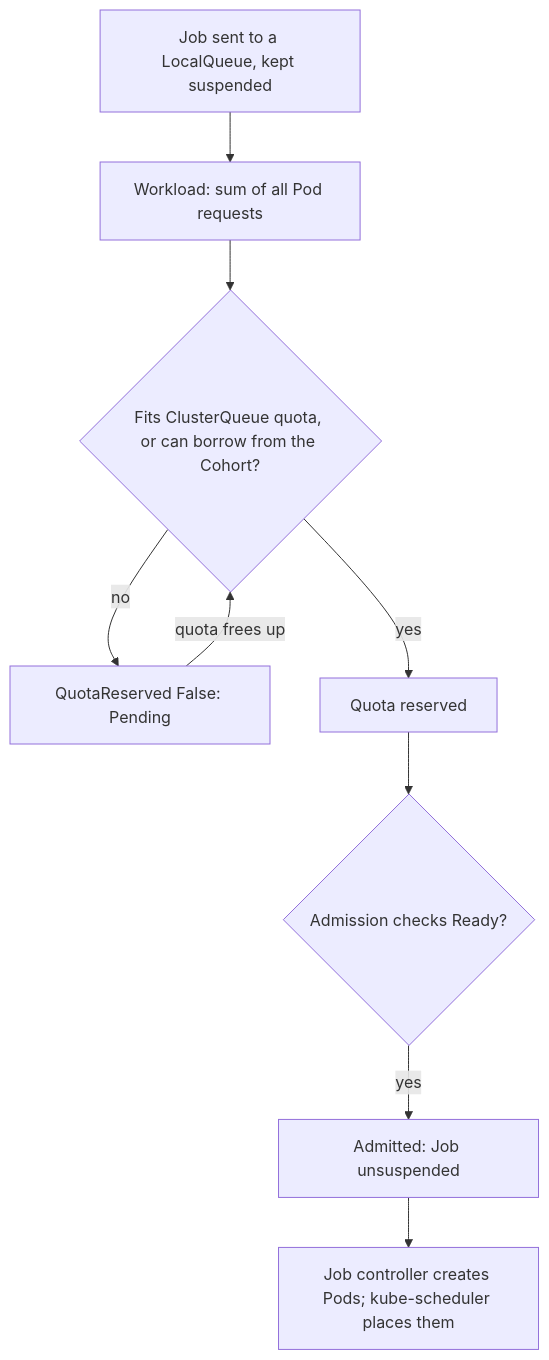
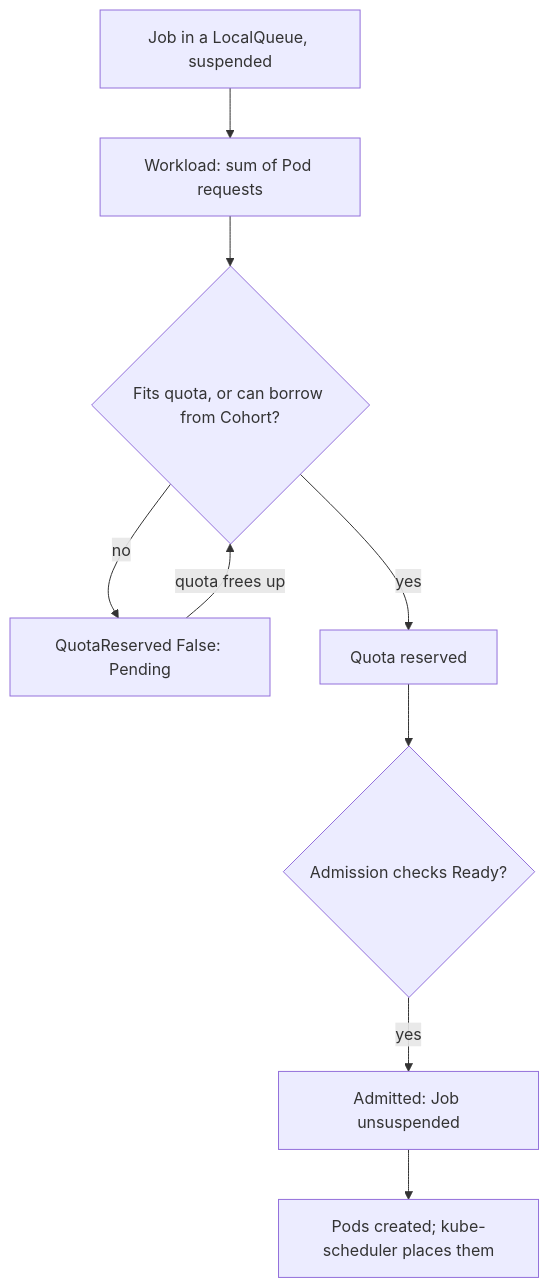
Before and after one commit to nayan9229/hastcode: the diagram in content/explainers/infrastructure-cloud/kueue-job-admission.md, drawn with Mermaid. The commit also changed other lines of this file and 21 other files, not shown here.

````diff
--- a/content/explainers/infrastructure-cloud/kueue-job-admission.md
+++ b/content/explainers/infrastructure-cloud/kueue-job-admission.md
@@ -57,12 +55,12 @@
 ```mermaid
 %% title: Kueue admission: a suspended Job waits until its whole request fits quota
 flowchart TD
-  J["Job sent to a LocalQueue, kept suspended"] --> W["Workload: sum of all Pod requests"]
-  W --> F{"Fits ClusterQueue quota, or can borrow from the Cohort?"}
+  J["Job in a LocalQueue, suspended"] --> W["Workload: sum of Pod requests"]
+  W --> F{"Fits quota, or can borrow from Cohort?"}
   F -->|"no"| P["QuotaReserved False: Pending"]
   P -->|"quota frees up"| F
   F -->|"yes"| R["Quota reserved"]
   R --> C{"Admission checks Ready?"}
   C -->|"yes"| A["Admitted: Job unsuspended"]
-  A --> K["Job controller creates Pods; kube-scheduler places them"]
+  A --> K["Pods created; kube-scheduler places them"]
 ```
````
